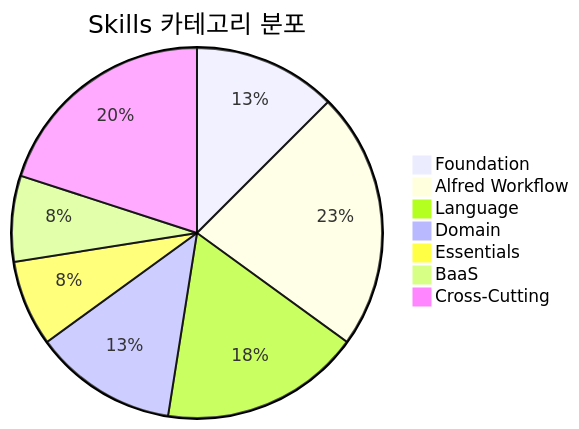
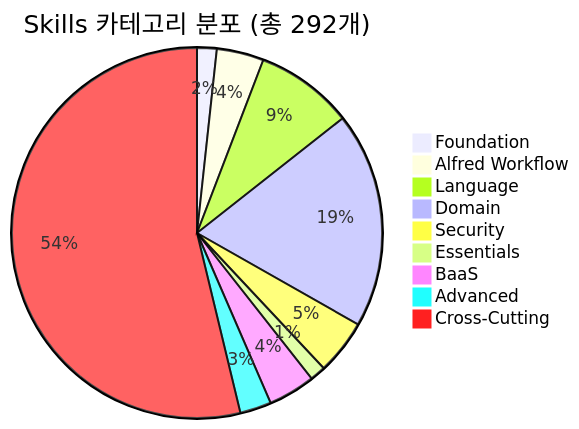
The second of 2 diagrams in docs/pages/ko/skills/overview.md (modu-ai/moai-adk), drawn with Mermaid before and after one commit. The commit also changed other lines of this file and 51 other files, not shown here.

````diff
--- a/docs/pages/ko/skills/overview.md
+++ b/docs/pages/ko/skills/overview.md
@@ -176,10 +236,12 @@
 ```mermaid
-pie title Skills 카테고리 분포
+pie title Skills 카테고리 분포 (총 292개)
     "Foundation" : 5
-    "Alfred Workflow" : 9
-    "Language" : 7
-    "Domain" : 5
-    "Essentials" : 3
-    "BaaS" : 3
-    "Cross-Cutting" : 8
+    "Alfred Workflow" : 12
+    "Language" : 25
+    "Domain" : 55
+    "Security" : 14
+    "Essentials" : 4
+    "BaaS" : 12
+    "Advanced" : 8
+    "Cross-Cutting" : 157
 ```
````
